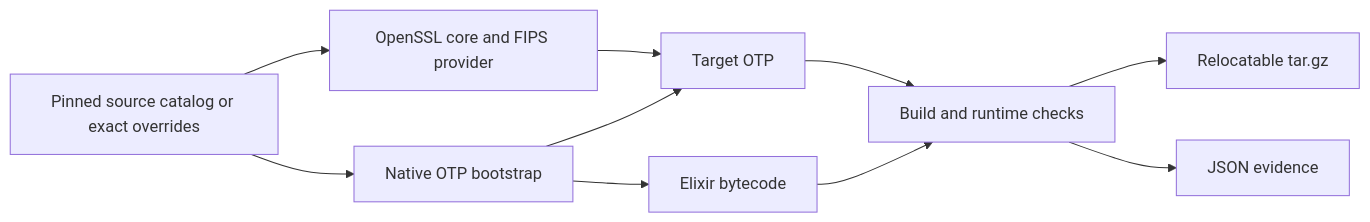
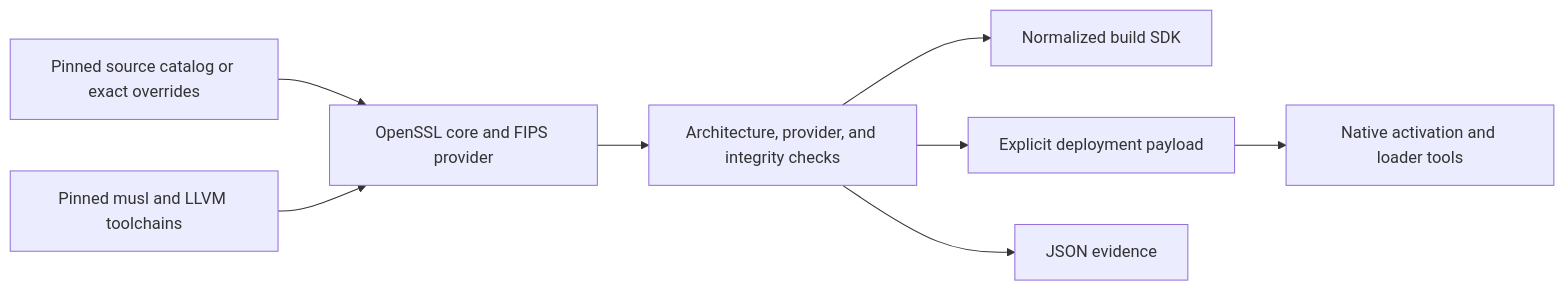
One commit to abilisoft/rules_fips changed the first of 2 diagrams in docs/architecture.md. Above: the diagram before and after it, drawn with Mermaid. The commit also changed other lines of this file and 51 other files, not shown here.

````diff
--- a/docs/architecture.md
+++ b/docs/architecture.md
@@ -8,12 +8,10 @@
 ```mermaid
 flowchart LR
     S[Pinned source catalog or exact overrides] --> C[OpenSSL core and FIPS provider]
-    S --> B[Native OTP bootstrap]
-    B --> O[Target OTP]
-    C --> O
-    B --> E[Elixir bytecode]
-    O --> V[Build and runtime checks]
-    E --> V
-    V --> T[Relocatable tar.gz]
+    T[Pinned musl and LLVM toolchains] --> C
+    C --> V[Architecture, provider, and integrity checks]
+    V --> D[Normalized build SDK]
+    V --> R[Explicit deployment payload]
     V --> J[JSON evidence]
+    R --> A[Native activation and loader tools]
 ```
````
